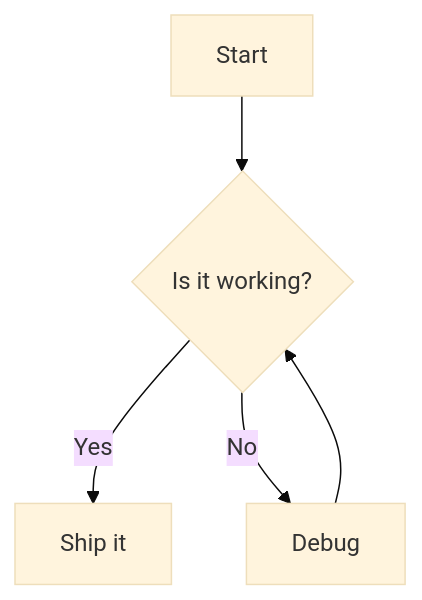
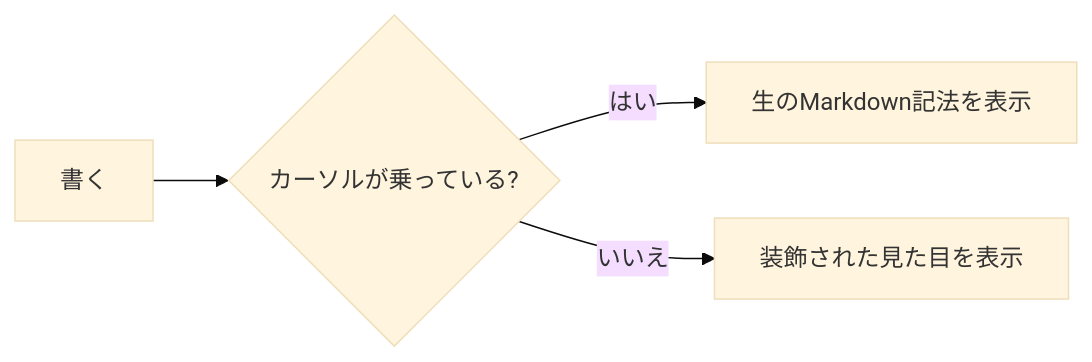
Before and after one commit to t-shoot/md-live-preview: the first of 2 diagrams in sample/sample.md, drawn with Mermaid (base theme). The commit also changed other lines of this file and 1 other file, not shown here.

````diff
--- a/sample/sample.md
+++ b/sample/sample.md
@@ -39,7 +54,6 @@
 ```mermaid
-flowchart TD
-    A[Start] --> B{Is it working?}
-    B -- Yes --> C[Ship it]
-    B -- No --> D[Debug]
-    D --> B
+flowchart LR
+    A[書く] --> B{カーソルが乗っている?}
+    B -- はい --> C[生のMarkdown記法を表示]
+    B -- いいえ --> D[装飾された見た目を表示]
 ```
````
